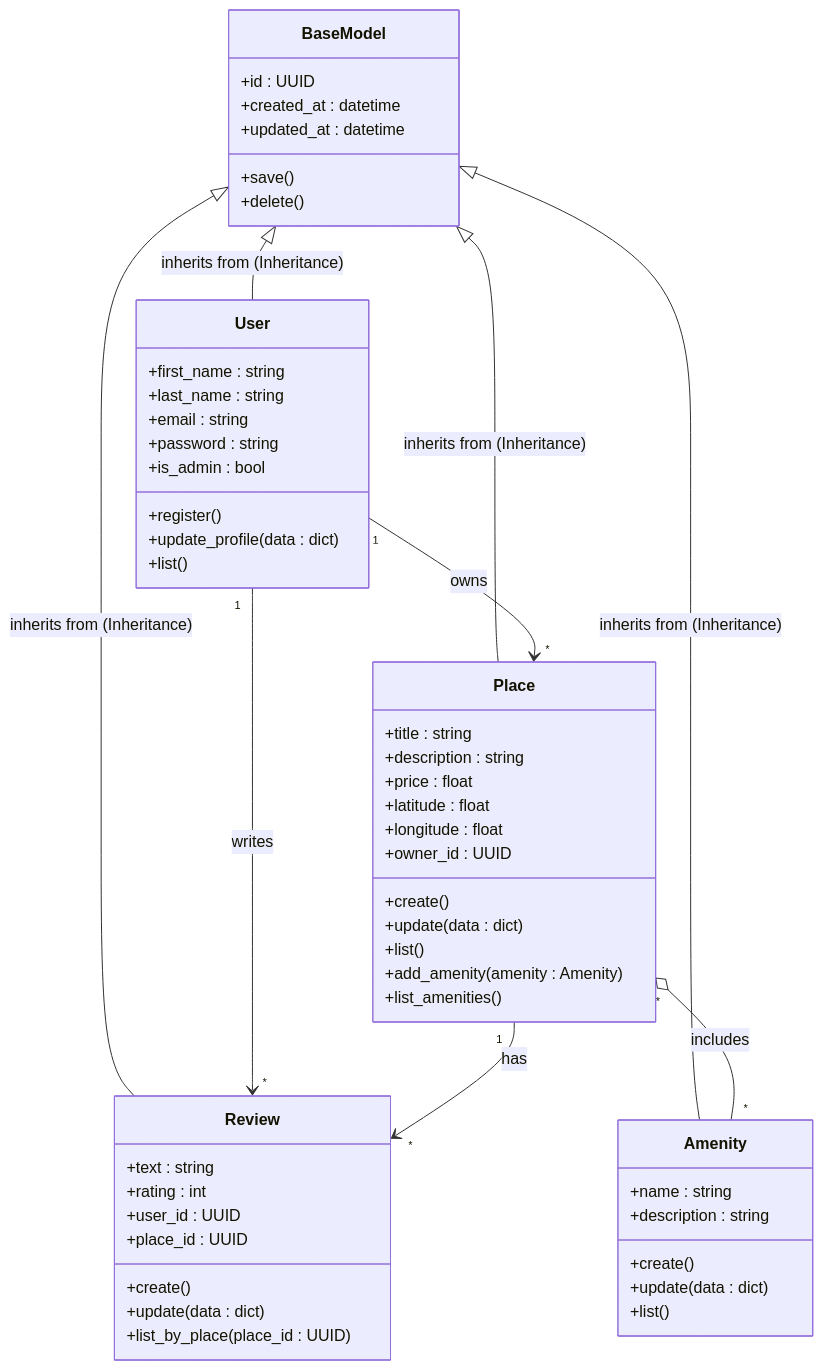
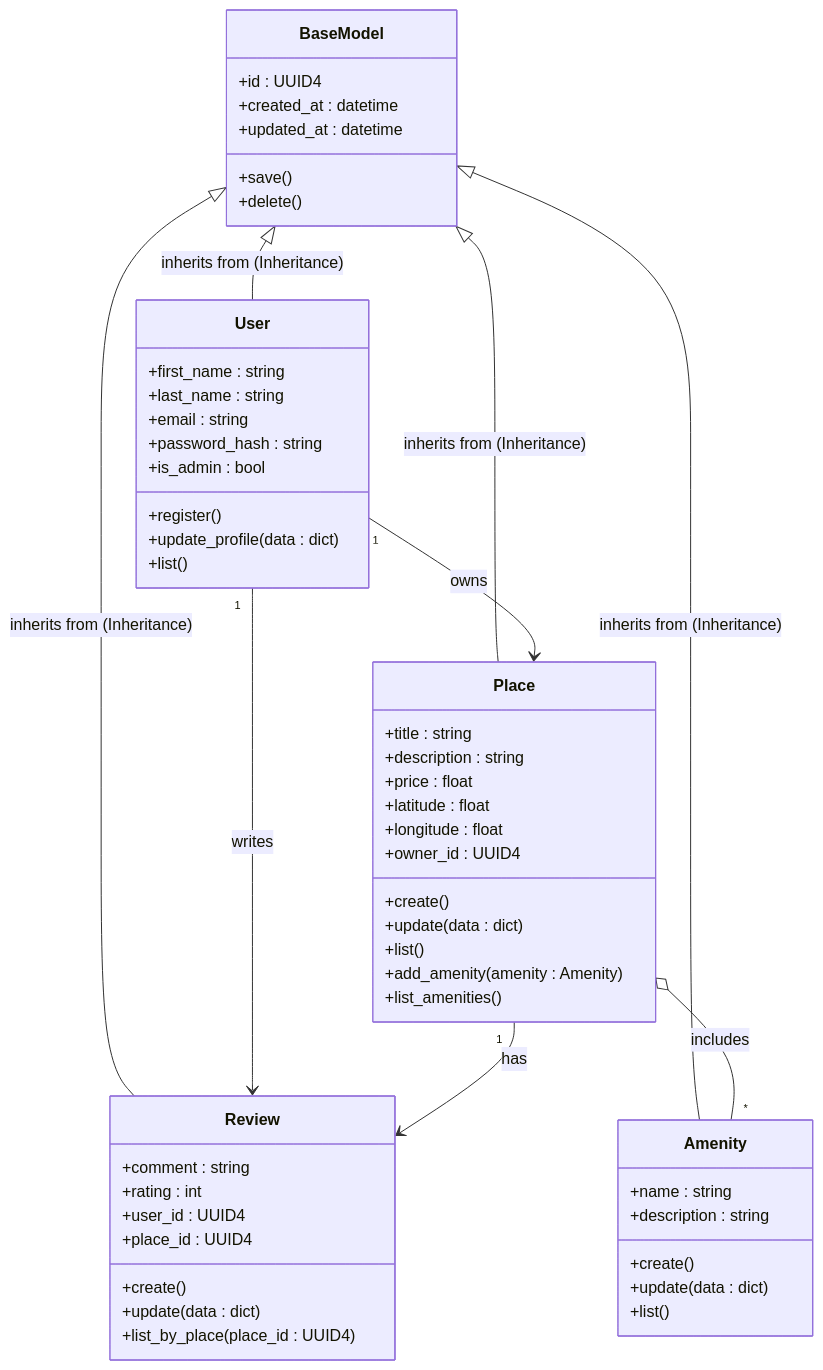
One commit to alzahra3ali-bit/holbertonschool-hbnb changed the second of 6 diagrams in part1/README.md. Above: the diagram before and after it, drawn with Mermaid. The commit also changed other lines of this file, not shown here.

Commit message:
fix: facade modeling, password hashing, UUID4, and sequence diagram validations

````diff
--- a/part1/README.md
+++ b/part1/README.md
@@ -46,64 +66,57 @@
 ```mermaid
 classDiagram
-
 class BaseModel {
-  +id : UUID
-  +created_at : datetime
-  +updated_at : datetime
-  +save()
-  +delete()
++id : UUID4
++created_at : datetime
++updated_at : datetime
++save()
++delete()
 }
-
 class User {
-  +first_name : string
-  +last_name : string
-  +email : string
-  +password : string
-  +is_admin : bool
-  +register()
-  +update_profile(data : dict)
-  +list()
++first_name : string
++last_name : string
++email : string
++password_hash : string
++is_admin : bool
++register()
++update_profile(data : dict)
++list()
 }
-
 class Place {
-  +title : string
-  +description : string
-  +price : float
-  +latitude : float
-  +longitude : float
-  +owner_id : UUID
-  +create()
-  +update(data : dict)
-  +list()
-  +add_amenity(amenity : Amenity)
-  +list_amenities()
++title : string
++description : string
++price : float
++latitude : float
++longitude : float
++owner_id : UUID4
++create()
++update(data : dict)
++list()
++add_amenity(amenity : Amenity)
++list_amenities()
 }
-
 class Review {
-  +text : string
-  +rating : int
-  +user_id : UUID
-  +place_id : UUID
-  +create()
-  +update(data : dict)
-  +list_by_place(place_id : UUID)
++comment : string
++rating : int
++user_id : UUID4
++place_id : UUID4
++create()
++update(data : dict)
++list_by_place(place_id : UUID4)
 }
-
 class Amenity {
-  +name : string
-  +description : string
-  +create()
-  +update(data : dict)
-  +list()
++name : string
++description : string
++create()
++update(data : dict)
++list()
 }
-
 BaseModel <|-- User : inherits from (Inheritance)
 BaseModel <|-- Place : inherits from (Inheritance)
 BaseModel <|-- Review : inherits from (Inheritance)
 BaseModel <|-- Amenity : inherits from (Inheritance)
-
-User "1" --> "*" Place : owns
-User "1" --> "*" Review : writes
-Place "1" --> "*" Review : has
-Place "*" o-- "*" Amenity : includes
+User "1" --> "" Place : owns
+User "1" --> "" Review : writes
+Place "1" --> "" Review : has
+Place "" o-- "*" Amenity : includes
 ```
````
